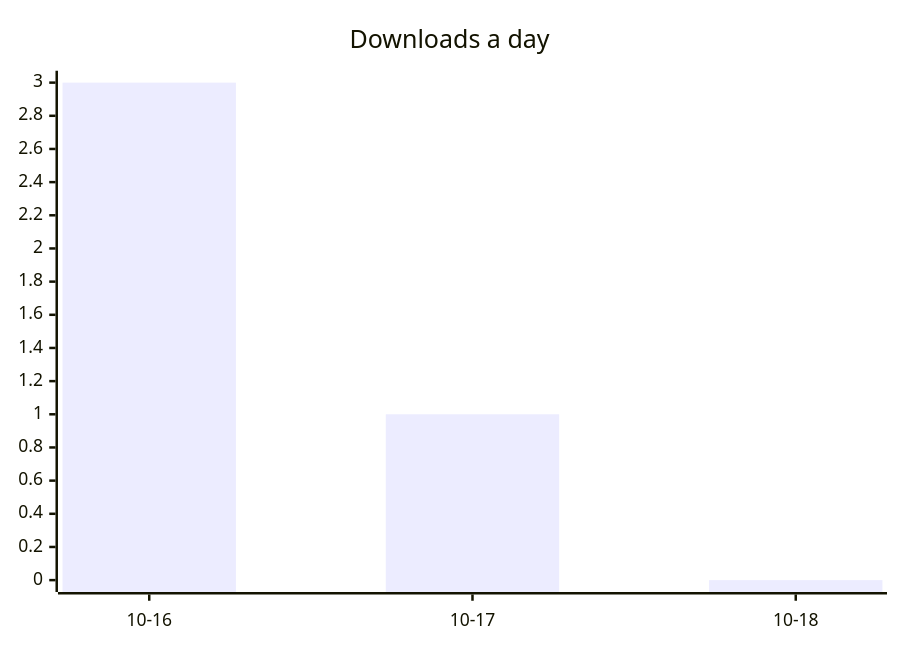
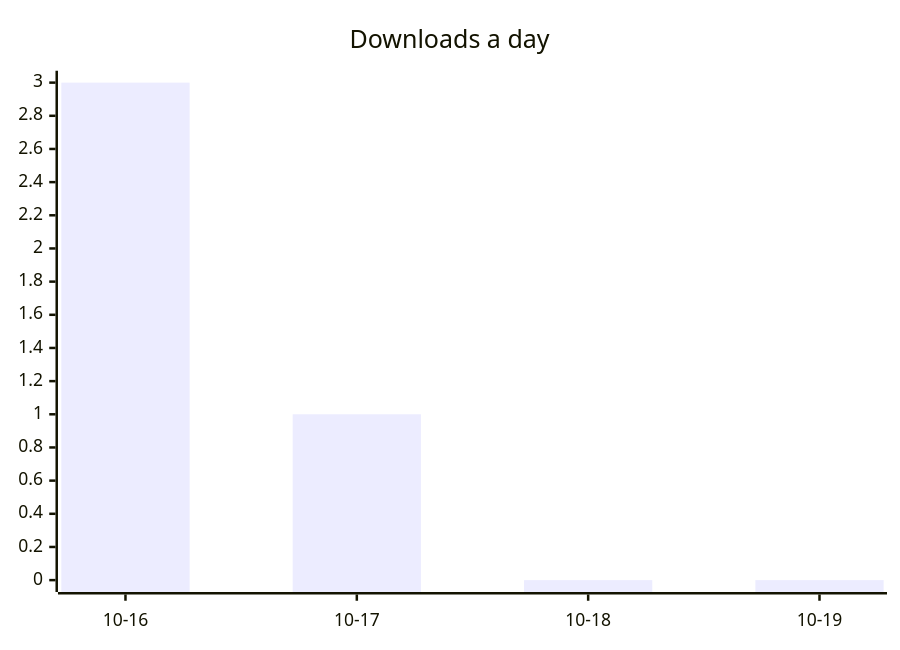
The first of 2 diagrams in README.md (ArtemkaGoldMan/ContextSwitcher), drawn with Mermaid before and after one commit. The commit also changed other lines of this file and 5 other files, not shown here.

````diff
--- a/README.md
+++ b/README.md
@@ -29,6 +29,6 @@
 ```mermaid
 xychart-beta
     title "Downloads a day"
-    x-axis ["10-16", "10-17", "10-18"]
-    bar [3, 1, 0]
+    x-axis ["10-16", "10-17", "10-18", "10-19"]
+    bar [3, 1, 0, 0]
 ```
````
